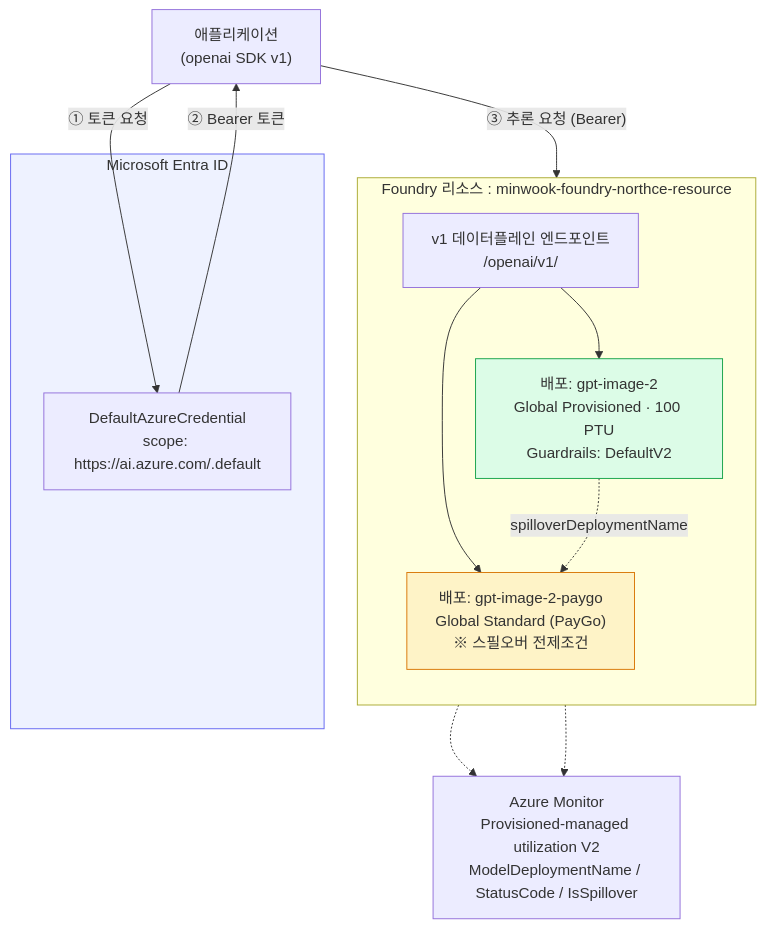
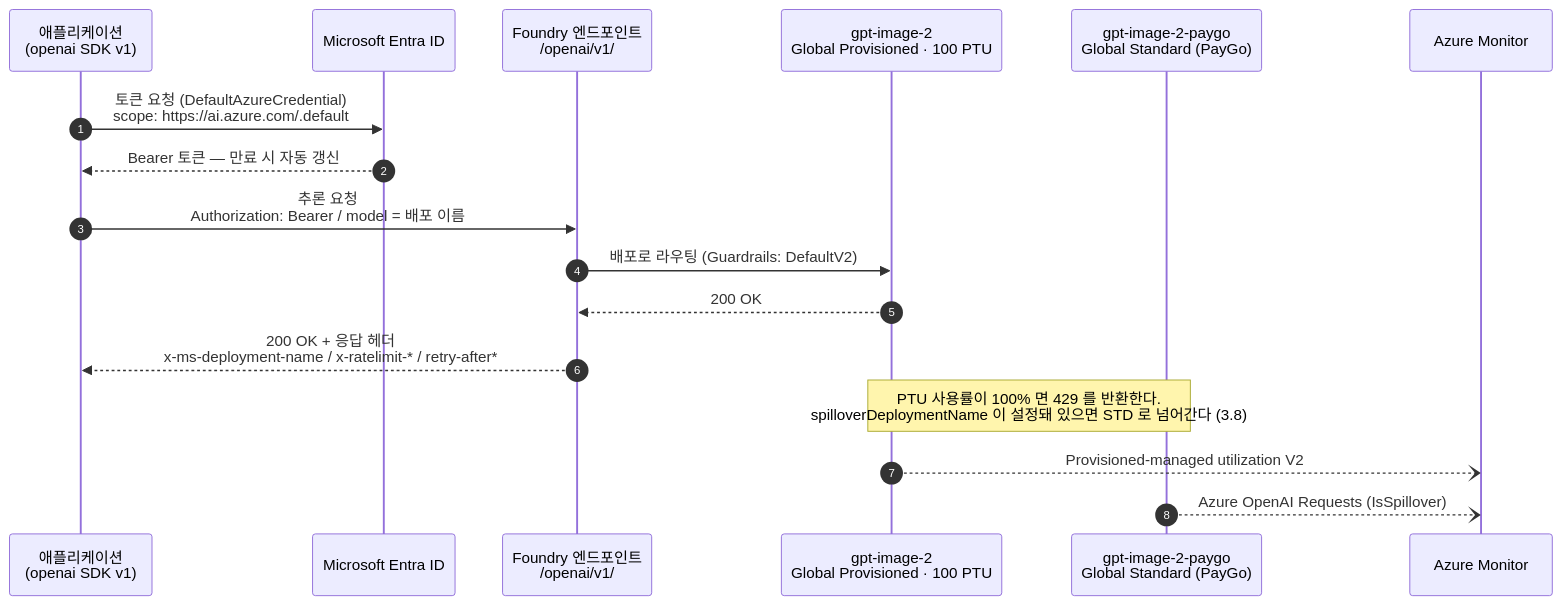
One commit to ivorycloud1013/lab-azure-guide-foundry-ptu changed the second of 6 diagrams in README.md. Above: the diagram before and after it, drawn with Mermaid. The commit also changed other lines of this file, not shown here.

Commit message:
docs: 3.1 전체 구성을 sequence diagram 으로 변경

````diff
--- a/README.md
+++ b/README.md
@@ -184,30 +186,20 @@
 ```mermaid
-flowchart TB
-    App["애플리케이션<br/>(openai SDK v1)"]
+sequenceDiagram
+    autonumber
+    participant App as 애플리케이션<br/>(openai SDK v1)
+    participant Entra as Microsoft Entra ID
+    participant EP as Foundry 엔드포인트<br/>/openai/v1/
+    participant PTU as gpt-image-2<br/>Global Provisioned · 100 PTU
+    participant STD as gpt-image-2-paygo<br/>Global Standard (PayGo)
+    participant Mon as Azure Monitor
 
-    subgraph Entra["Microsoft Entra ID"]
-        Cred["DefaultAzureCredential<br/>scope: https://ai.azure.com/.default"]
-    end
-
-    subgraph Res["Foundry 리소스 : minwook-foundry-northce-resource"]
-        direction TB
-        EP["v1 데이터플레인 엔드포인트<br/>/openai/v1/"]
-        PTU["배포: gpt-image-2<br/>Global Provisioned · 100 PTU<br/>Guardrails: DefaultV2"]
-        STD["배포: gpt-image-2-paygo<br/>Global Standard (PayGo)<br/>※ 스필오버 전제조건"]
-        EP --> PTU
-        EP --> STD
-        PTU -. "spilloverDeploymentName" .-> STD
-    end
-
-    Mon["Azure Monitor<br/>Provisioned-managed utilization V2<br/>ModelDeploymentName / StatusCode / IsSpillover"]
-
-    App -->|"① 토큰 요청"| Cred
-    Cred -->|"② Bearer 토큰"| App
-    App -->|"③ 추론 요청 (Bearer)"| EP
-    PTU -.-> Mon
-    STD -.-> Mon
-
-    style PTU fill:#dcfce7,stroke:#16a34a
-    style STD fill:#fef3c7,stroke:#d97706
-    style Entra fill:#eef2ff,stroke:#6366f1
+    App->>Entra: 토큰 요청 (DefaultAzureCredential)<br/>scope: https://ai.azure.com/.default
+    Entra-->>App: Bearer 토큰 — 만료 시 자동 갱신
+    App->>EP: 추론 요청<br/>Authorization: Bearer / model = 배포 이름
+    EP->>PTU: 배포로 라우팅 (Guardrails: DefaultV2)
+    PTU-->>EP: 200 OK
+    EP-->>App: 200 OK + 응답 헤더<br/>x-ms-deployment-name / x-ratelimit-* / retry-after*
+    Note over PTU,STD: PTU 사용률이 100% 면 429 를 반환한다.<br/>spilloverDeploymentName 이 설정돼 있으면 STD 로 넘어간다 (3.8)
+    PTU--)Mon: Provisioned-managed utilization V2
+    STD--)Mon: Azure OpenAI Requests (IsSpillover)
 ```
````
